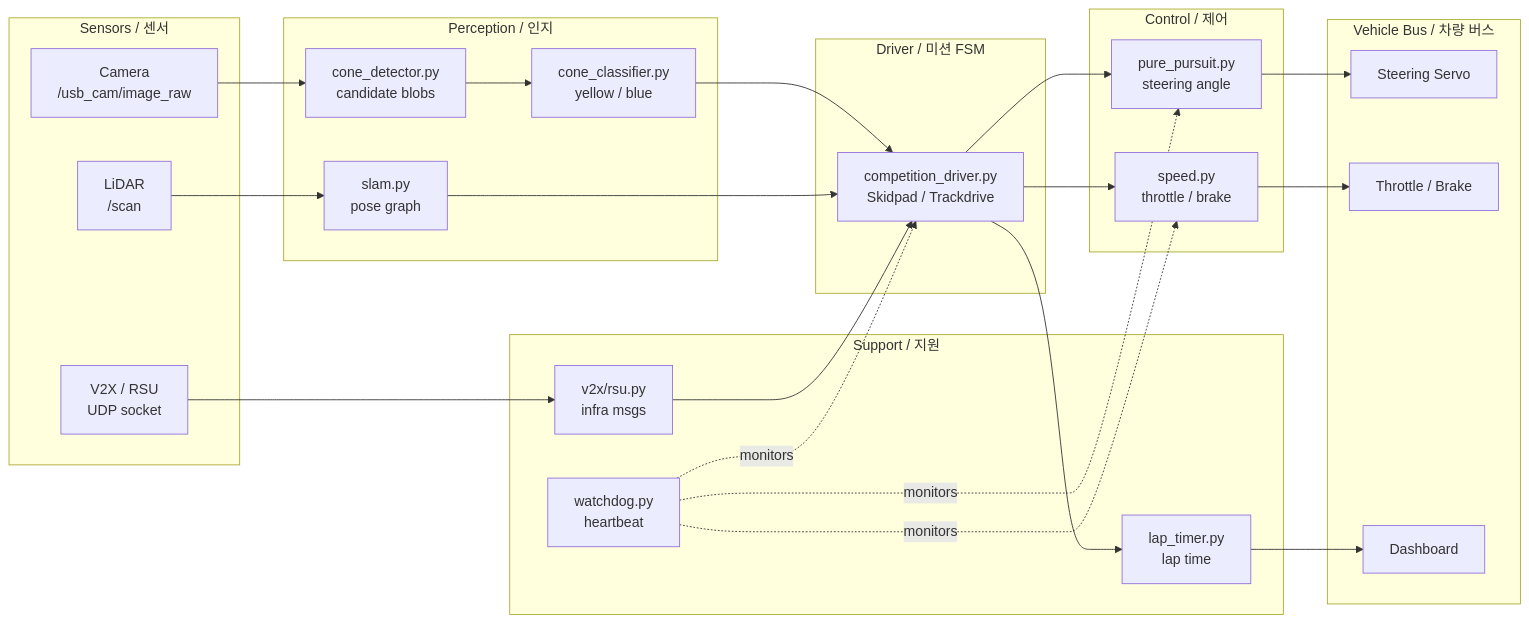
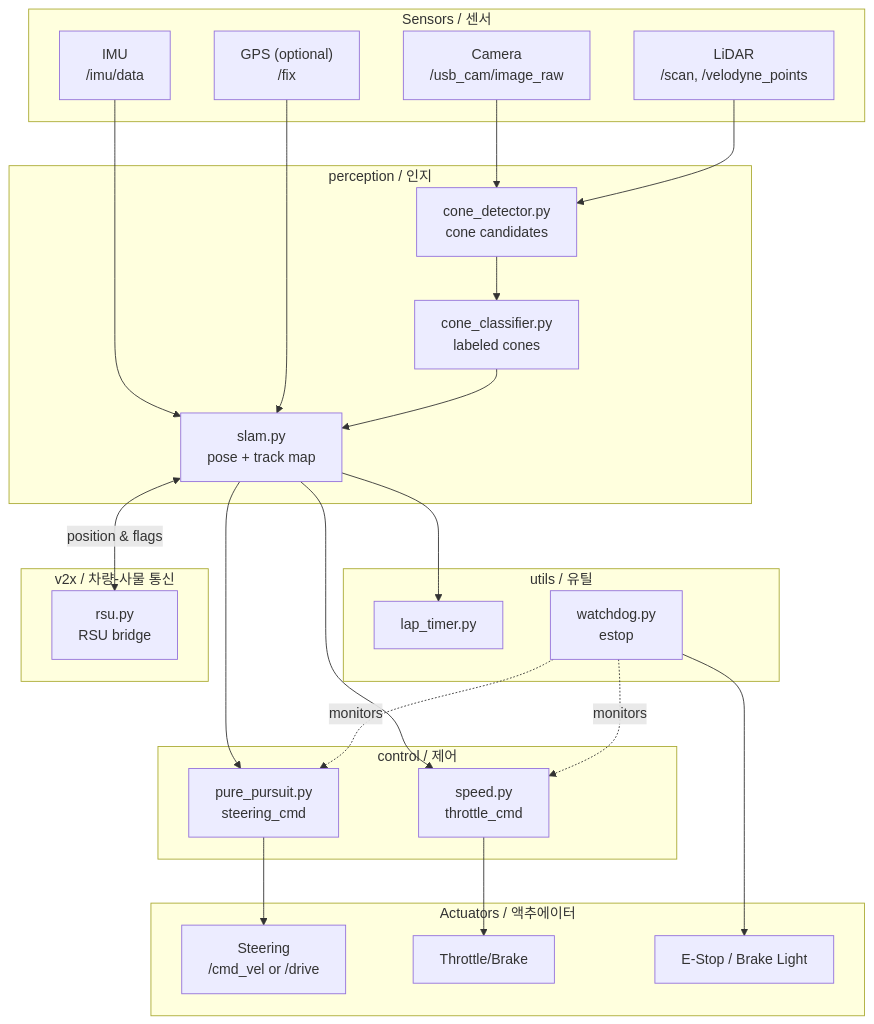
One commit to jclee941/hycu_fsds changed the diagram in README.md. Above: the diagram before and after it, drawn with Mermaid. The commit also changed other lines of this file, not shown here.

````diff
--- a/README.md
+++ b/README.md
@@ -83,45 +115,50 @@
 ```mermaid
-flowchart LR
+flowchart TB
     subgraph Sensors["Sensors / 센서"]
         CAM["Camera<br/>/usb_cam/image_raw"]
-        LIDAR["LiDAR<br/>/scan"]
-        V2X_IN["V2X / RSU<br/>UDP socket"]
+        LIDAR["LiDAR<br/>/scan, /velodyne_points"]
+        IMU["IMU<br/>/imu/data"]
+        GPS["GPS (optional)<br/>/fix"]
     end
 
-    subgraph Perception["Perception / 인지"]
-        DET["cone_detector.py<br/>candidate blobs"]
-        CLS["cone_classifier.py<br/>yellow / blue"]
-        SLAM["slam.py<br/>pose graph"]
+    subgraph Perception["perception / 인지"]
+        CD["cone_detector.py<br/>cone candidates"]
+        CC["cone_classifier.py<br/>labeled cones"]
+        SL["slam.py<br/>pose + track map"]
     end
 
-    subgraph Control["Control / 제어"]
-        PP["pure_pursuit.py<br/>steering angle"]
-        SPD["speed.py<br/>throttle / brake"]
+    subgraph Control["control / 제어"]
+        PP["pure_pursuit.py<br/>steering_cmd"]
+        SP["speed.py<br/>throttle_cmd"]
     end
 
-    subgraph Support["Support / 지원"]
-        WT["watchdog.py<br/>heartbeat"]
-        LT["lap_timer.py<br/>lap time"]
-        V2X["v2x/rsu.py<br/>infra msgs"]
+    subgraph Utils["utils / 유틸"]
+        LT["lap_timer.py"]
+        WD["watchdog.py<br/>estop"]
     end
 
-    subgraph Driver["Driver / 미션 FSM"]
-        CD["competition_driver.py<br/>Skidpad / Trackdrive"]
+    subgraph V2X["v2x / 차량-사물 통신"]
+        RSU["rsu.py<br/>RSU bridge"]
     end
 
-    subgraph Vehicle["Vehicle Bus / 차량 버스"]
-        STEER["Steering Servo"]
-        THROT["Throttle / Brake"]
-        DASH["Dashboard"]
+    subgraph Actuators["Actuators / 액추에이터"]
+        STEER["Steering<br/>/cmd_vel or /drive"]
+        THROTTLE["Throttle/Brake"]
+        EBOX["E-Stop / Brake Light"]
     end
 
-    CAM --> DET --> CLS --> CD
-    LIDAR --> SLAM --> CD
-    V2X_IN --> V2X --> CD
-    CD --> PP --> STEER
-    CD --> SPD --> THROT
-    CD --> LT --> DASH
-    WT -.monitors.-> CD
-    WT -.monitors.-> PP
-    WT -.monitors.-> SPD
+    CAM --> CD
+    LIDAR --> CD
+    IMU --> SL
+    GPS --> SL
+    CD --> CC --> SL
+    SL --> PP
+    SL --> SP
+    PP --> STEER
+    SP --> THROTTLE
+    SL --> LT
+    WD -. monitors .-> PP
+    WD -. monitors .-> SP
+    WD --> EBOX
+    SL <-->|position & flags| RSU
 ```
````
